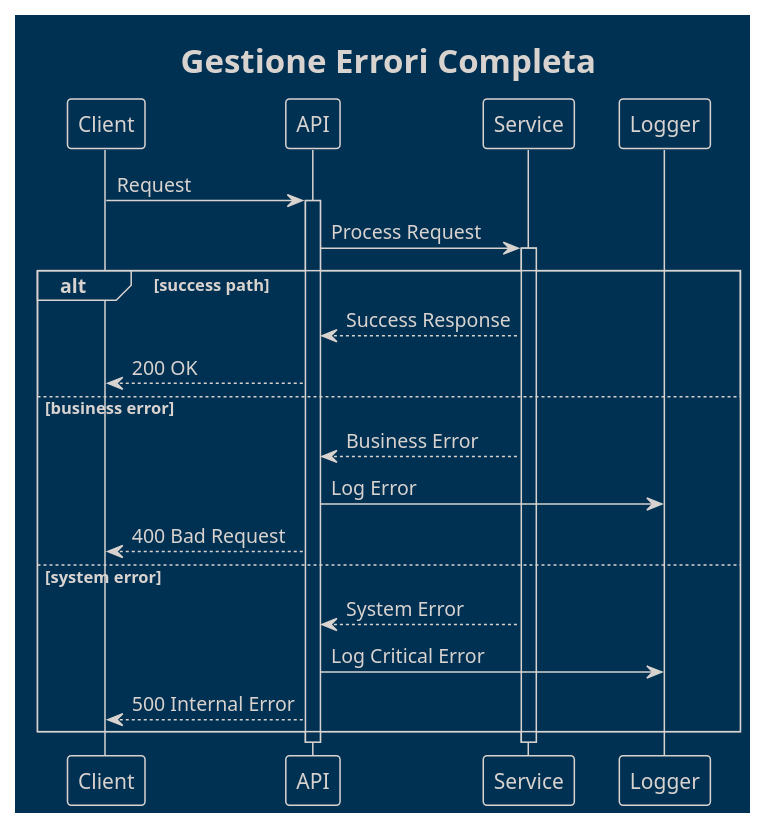
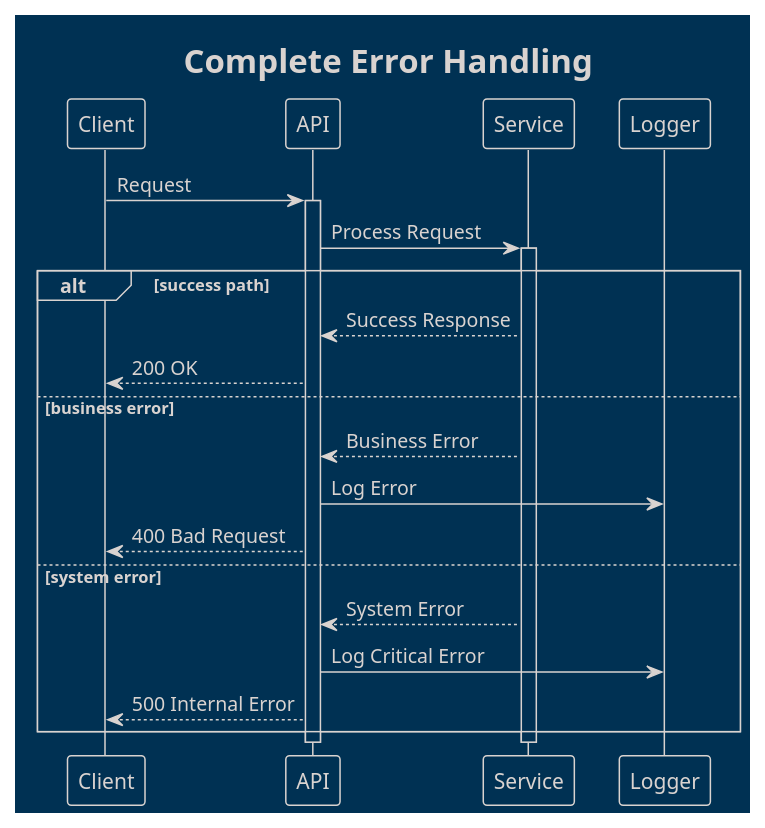
One commit to Seniorsimo/sas-template changed diagram 14 of 32 in 03-behavioral-diagrams/sequence-diagrams/README.md. Above: the diagram before and after it, drawn with PlantUML. The commit also changed other lines of this file and 49 other files, not shown here.

````diff
--- a/03-behavioral-diagrams/sequence-diagrams/README.md
+++ b/03-behavioral-diagrams/sequence-diagrams/README.md
@@ -202,31 +202,31 @@
 ```plantuml
 @startuml
 !theme blueprint
-title Gestione Errori Completa
+title Complete Error Handling
 
 participant "Client" as C
 participant "API" as A
 participant "Service" as S
 participant "Logger" as L
 
 C -> A: Request
 activate A
 A -> S: Process Request
 activate S
 
 alt success path
   S --> A: Success Response
   A --> C: 200 OK
 else business error
   S --> A: Business Error
   A -> L: Log Error
   A --> C: 400 Bad Request
 else system error
   S --> A: System Error
   A -> L: Log Critical Error
   A --> C: 500 Internal Error
 end
 deactivate S
 deactivate A
 @enduml
 ```
````
